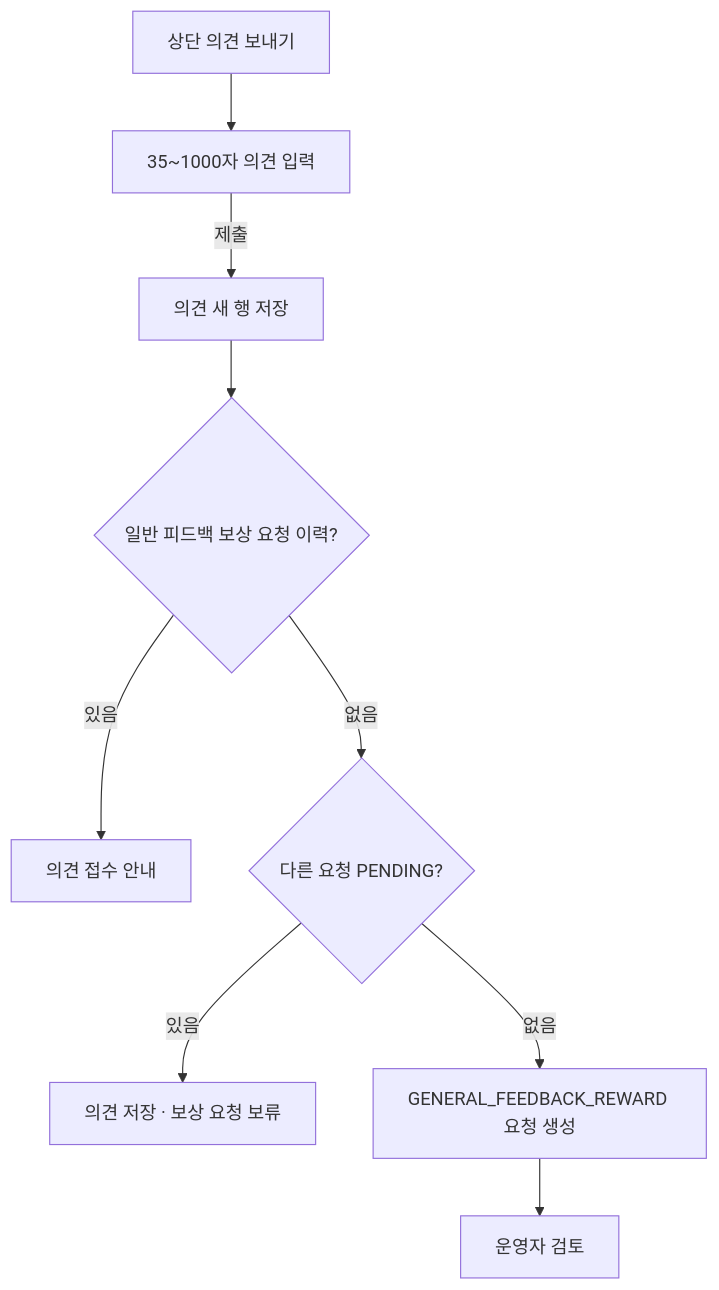
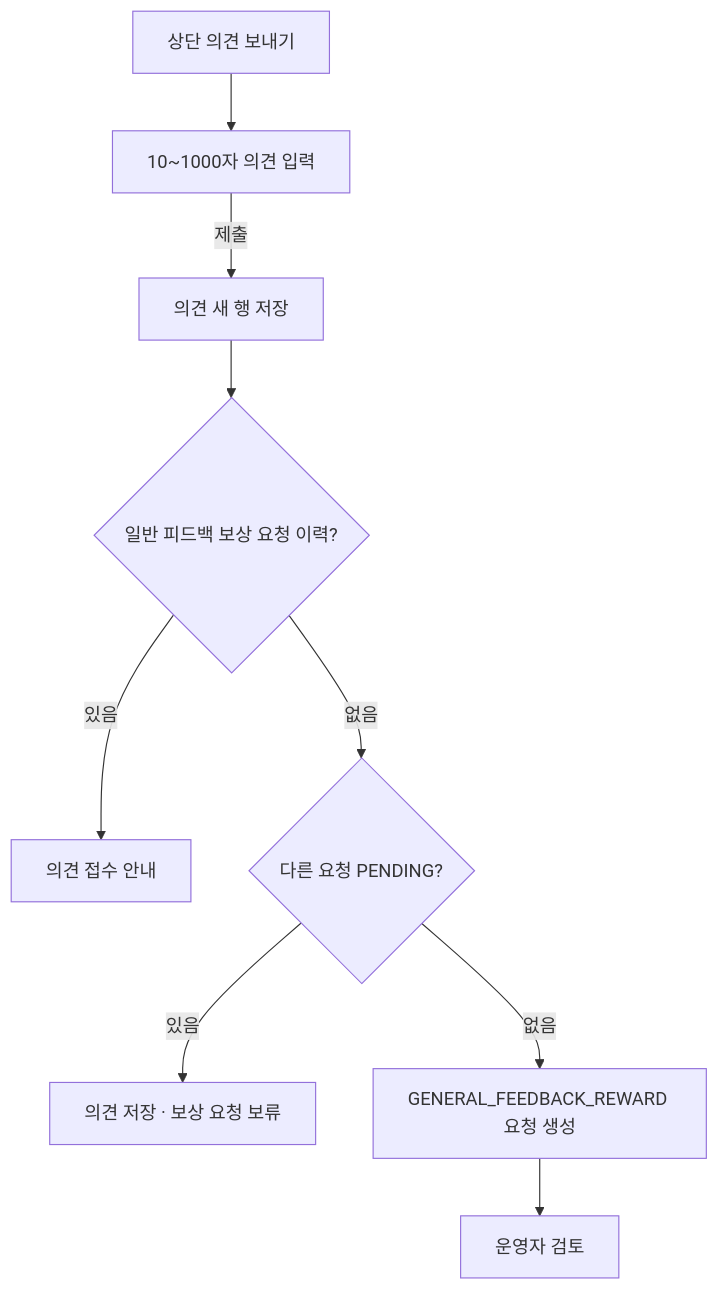
One commit to catchhole-soma/catchhole-front changed the eighth of 12 diagrams in docs/screen-flow.md. Above: the diagram before and after it, drawn with Mermaid. The commit also changed other lines of this file and 4 other files, not shown here.

````diff
--- a/docs/screen-flow.md
+++ b/docs/screen-flow.md
@@ -469,11 +471,11 @@
 ```mermaid
 flowchart TD
-  trigger["상단 의견 보내기"] --> form["35~1000자 의견 입력"]
+  trigger["상단 의견 보내기"] --> form["10~1000자 의견 입력"]
   form -->|제출| save["의견 새 행 저장"]
   save --> lifetime{"일반 피드백 보상 요청 이력?"}
   lifetime -->|있음| feedback_only["의견 접수 안내"]
   lifetime -->|없음| pending_other{"다른 요청 PENDING?"}
   pending_other -->|있음| deferred["의견 저장 · 보상 요청 보류"]
   pending_other -->|없음| reward["GENERAL_FEEDBACK_REWARD 요청 생성"]
   reward --> reviewing["운영자 검토"]
 ```
````
